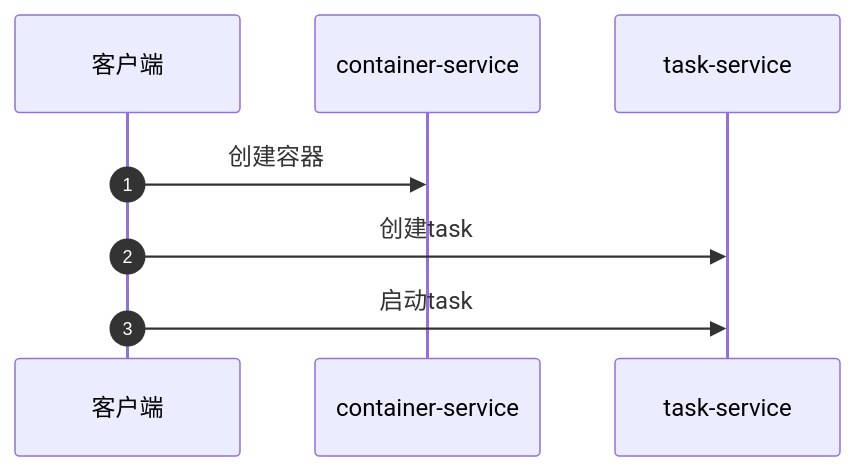
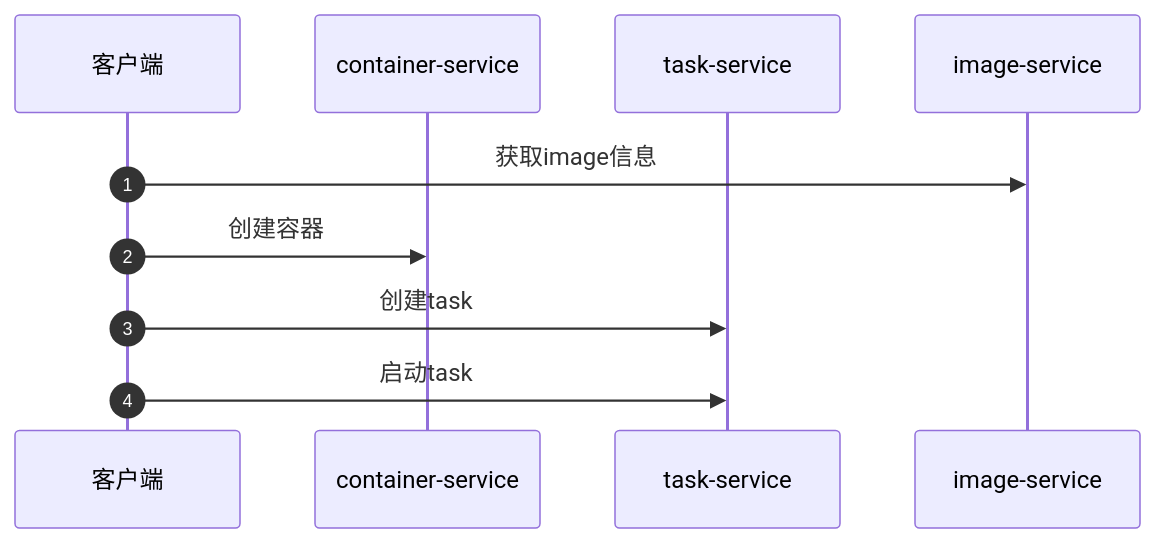
The diagram in source/_drafts/containerd源码-启动容器.md (NatureLR/blog), drawn with Mermaid before and after one commit. The commit also changed 2 other files, not shown here.

Commit message:
调整

````diff
--- a/source/_drafts/containerd源码-启动容器.md
+++ b/source/_drafts/containerd源码-启动容器.md
@@ -19,14 +19,15 @@
 ```mermaid
 sequenceDiagram
     autonumber
     participant client as 客户端
     participant container as container-service
     participant task as task-service
     #participant content as content-service
     #participant snapshotter as snapshotter-service
-    #participant image as image-service
+    participant image as image-service
     
+    client->>image:获取image信息
     client->>container:创建容器
     client->>task:创建task
     client->>task:启动task
 ```
````
